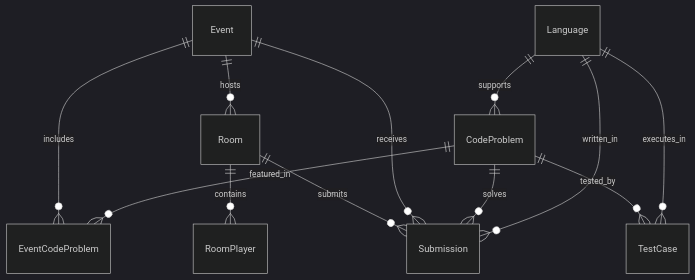
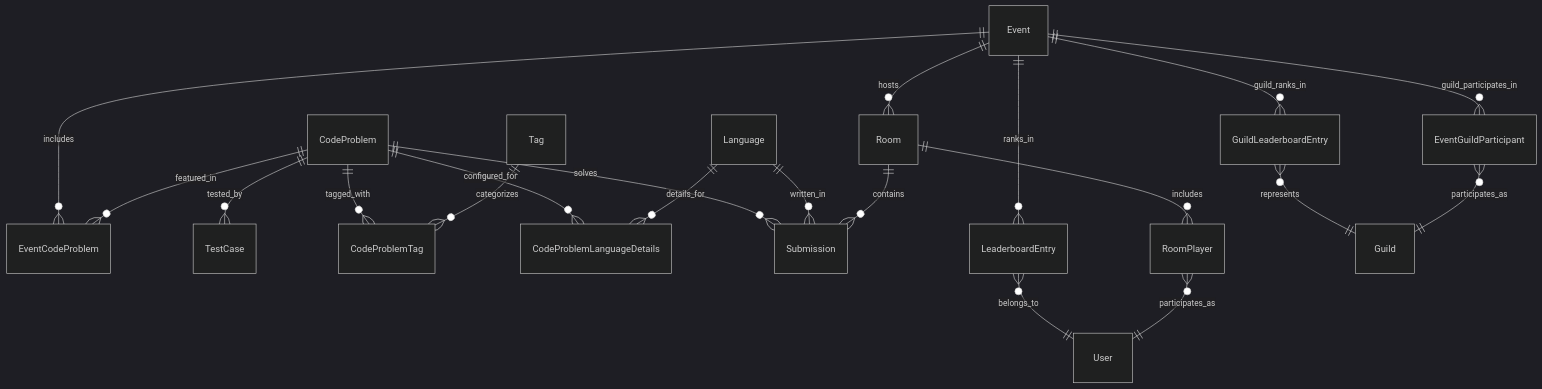
Before and after one commit to FA25SE050-RogueLearn/RogueLearn.BMAD.Documentation: the diagram in mermaid-diagrams/erd/code-battle-service-erd.md, drawn with Mermaid (dark theme). The commit also changed other lines of this file and 5 other files, not shown here.

````diff
--- a/mermaid-diagrams/erd/code-battle-service-erd.md
+++ b/mermaid-diagrams/erd/code-battle-service-erd.md
@@ -5,14 +5,22 @@
 ```mermaid
 erDiagram
     Event ||--o{ EventCodeProblem : includes
     CodeProblem ||--o{ EventCodeProblem : featured_in
     CodeProblem ||--o{ TestCase : tested_by
-    Language ||--o{ CodeProblem : supports
-    Language ||--o{ TestCase : executes_in
-    Event ||--o{ Room : hosts
-    Room ||--o{ RoomPlayer : contains
-    Room ||--o{ Submission : submits
-    Event ||--o{ Submission : receives
+    CodeProblem ||--o{ CodeProblemTag : tagged_with
+    Tag ||--o{ CodeProblemTag : categorizes
+    CodeProblem ||--o{ CodeProblemLanguageDetails : configured_for
+    Language ||--o{ CodeProblemLanguageDetails : details_for
     CodeProblem ||--o{ Submission : solves
     Language ||--o{ Submission : written_in
+    Room ||--o{ Submission : contains
+    Event ||--o{ Room : hosts
+    Room ||--o{ RoomPlayer : includes
+    Event ||--o{ LeaderboardEntry : ranks_in
+    Event ||--o{ GuildLeaderboardEntry : guild_ranks_in
+    Event ||--o{ EventGuildParticipant : guild_participates_in
+    LeaderboardEntry }o--|| User : belongs_to
+    RoomPlayer }o--|| User : participates_as
+    GuildLeaderboardEntry }o--|| Guild : represents
+    EventGuildParticipant }o--|| Guild : participates_as
 ```
````
